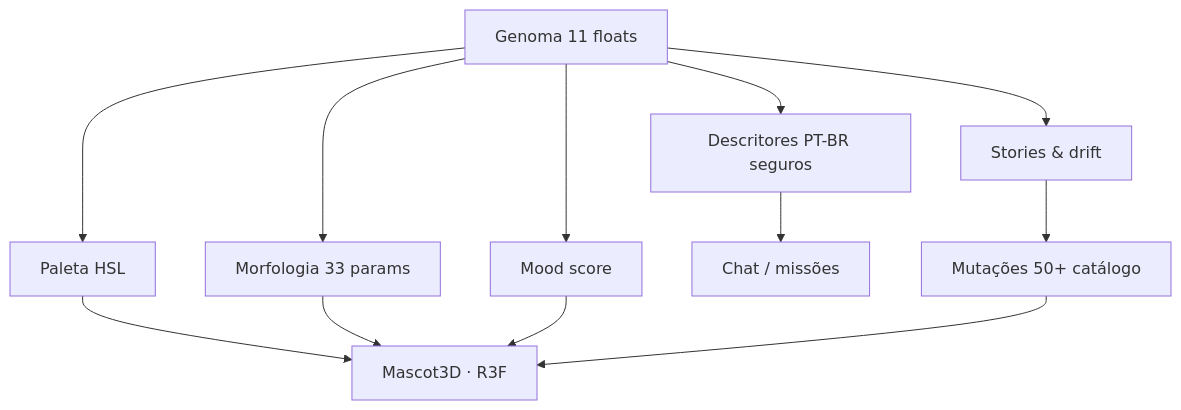
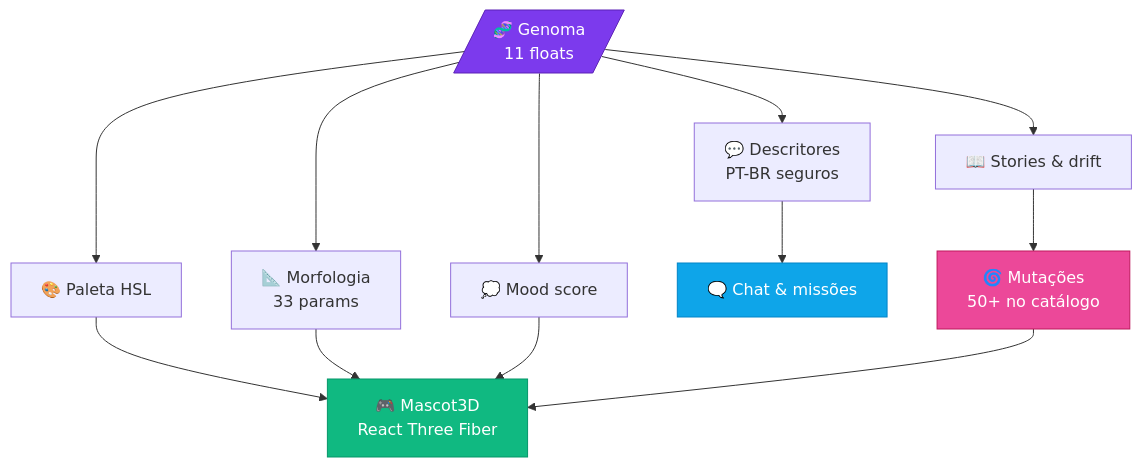
Before and after one commit to felipemenezes25000-spec/mascote: the second of 4 diagrams in README.md, drawn with Mermaid. The commit also changed other lines of this file, not shown here.

Commit message:
docs(readme): hero with logo, gallery, mermaid diagrams, star history

````diff
--- a/README.md
+++ b/README.md
@@ -132,15 +242,20 @@
 ```mermaid
 flowchart TB
-  GEN[Genoma 11 floats]
-  GEN --> PAL[Paleta HSL]
-  GEN --> MOR[Morfologia 33 params]
-  GEN --> MOO[Mood score]
-  GEN --> ST[Stories & drift]
-  GEN --> AI[Descritores PT-BR seguros]
-  PAL --> R3F[Mascot3D · R3F]
+  GEN[/"🧬 Genoma<br/>11 floats"/]
+  GEN --> PAL["🎨 Paleta HSL"]
+  GEN --> MOR["📐 Morfologia<br/>33 params"]
+  GEN --> MOO["💭 Mood score"]
+  GEN --> ST["📖 Stories & drift"]
+  GEN --> AI["💬 Descritores<br/>PT-BR seguros"]
+  PAL --> R3F["🎮 Mascot3D<br/>React Three Fiber"]
   MOR --> R3F
   MOO --> R3F
-  AI --> CHAT[Chat / missões]
-  ST --> MUT[Mutações 50+ catálogo]
+  AI --> CHAT["🗨️ Chat & missões"]
+  ST --> MUT["🌀 Mutações<br/>50+ no catálogo"]
   MUT --> R3F
+
+  style GEN fill:#7C3AED,color:#fff,stroke:#5B21B6
+  style R3F fill:#10B981,color:#fff,stroke:#059669
+  style CHAT fill:#0EA5E9,color:#fff,stroke:#0284C7
+  style MUT fill:#EC4899,color:#fff,stroke:#BE185D
 ```
````
